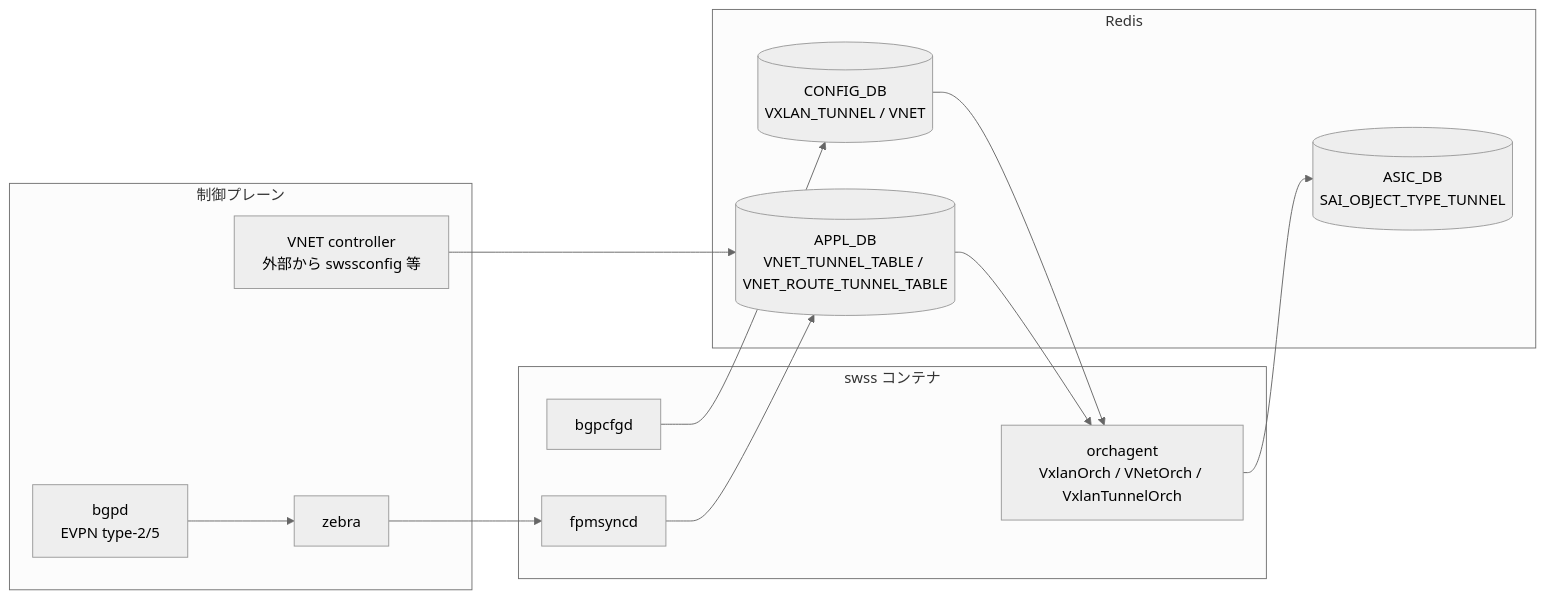
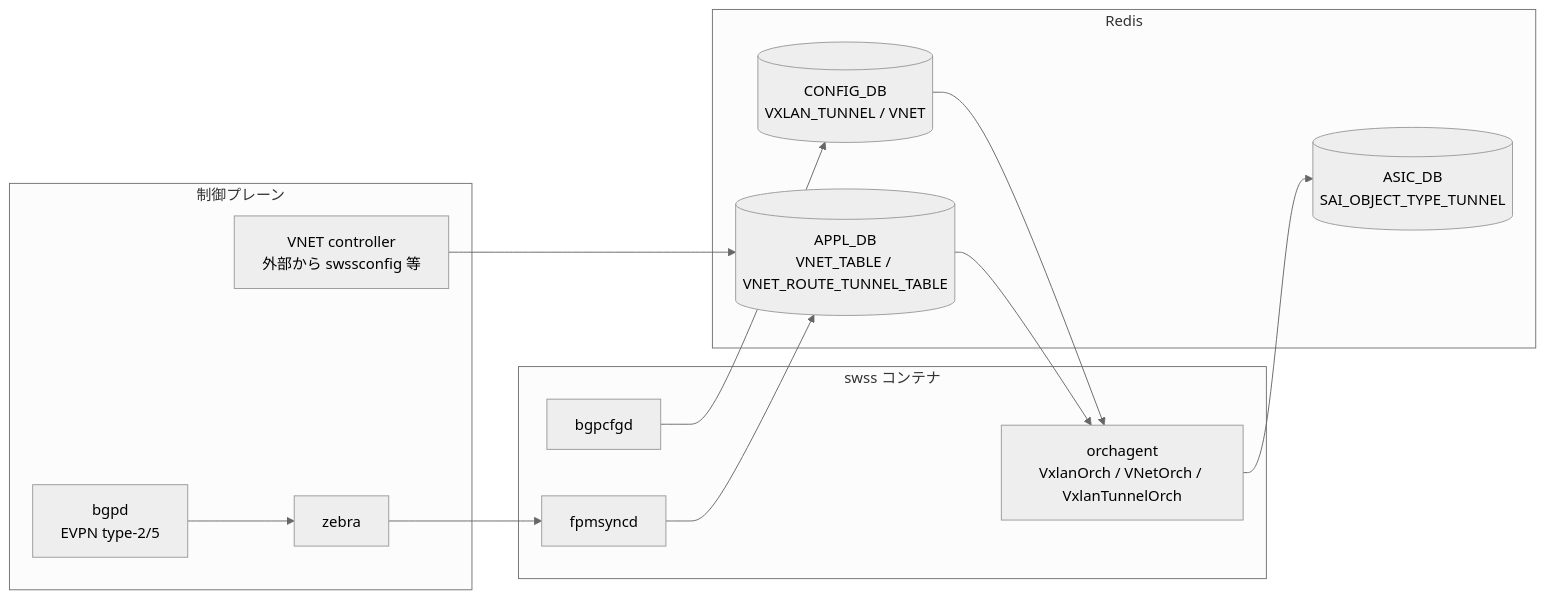
Before and after one commit to aoki-taquan/sonic-unofficial-docs: the diagram in docs/topics/03-vxlan-evpn/internals.md, drawn with Mermaid (neutral theme). The commit also changed other lines of this file and 21 other files, not shown here.

````diff
--- a/docs/topics/03-vxlan-evpn/internals.md
+++ b/docs/topics/03-vxlan-evpn/internals.md
@@ -42,24 +42,24 @@
 ```mermaid
 flowchart LR
   subgraph control[制御プレーン]
     BGPD[bgpd<br/>EVPN type-2/5]
     ZEBRA[zebra]
     CTRL[VNET controller<br/>外部から swssconfig 等]
   end
   subgraph swss[swss コンテナ]
     FPMSYNCD[fpmsyncd]
     BGPCFGD[bgpcfgd]
     ORCH[orchagent<br/>VxlanOrch / VNetOrch / VxlanTunnelOrch]
   end
   subgraph redis[Redis]
     CFG[(CONFIG_DB<br/>VXLAN_TUNNEL / VNET)]
-    APP[(APPL_DB<br/>VNET_TUNNEL_TABLE / VNET_ROUTE_TUNNEL_TABLE)]
+    APP[(APPL_DB<br/>VNET_TABLE / VNET_ROUTE_TUNNEL_TABLE)]
     ASIC[(ASIC_DB<br/>SAI_OBJECT_TYPE_TUNNEL)]
   end
   BGPD --> ZEBRA --> FPMSYNCD --> APP
   BGPCFGD --> CFG
   CTRL --> APP
   CFG --> ORCH
   APP --> ORCH
   ORCH --> ASIC
 ```
````
